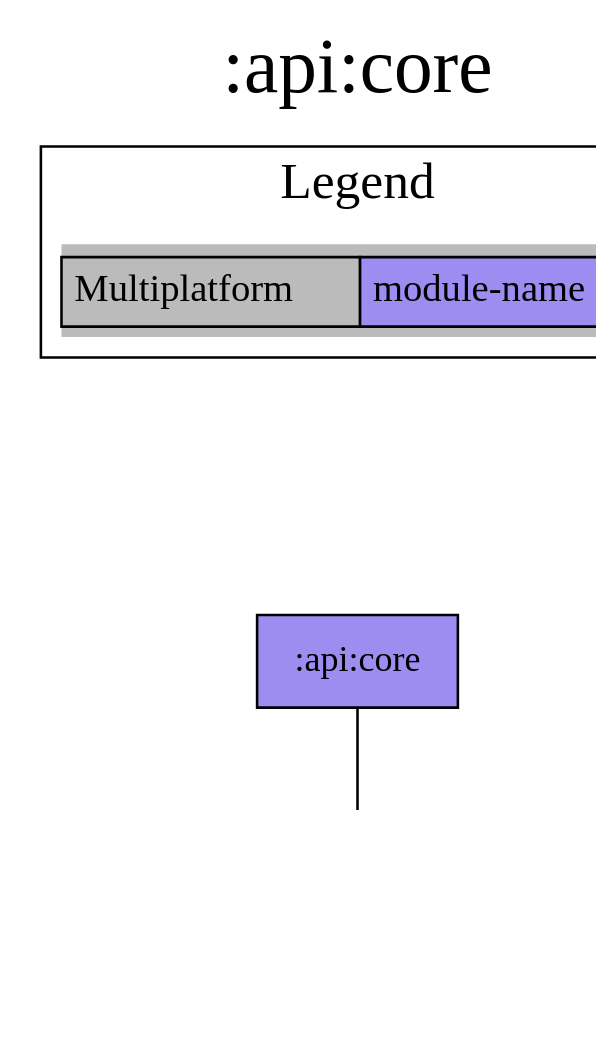
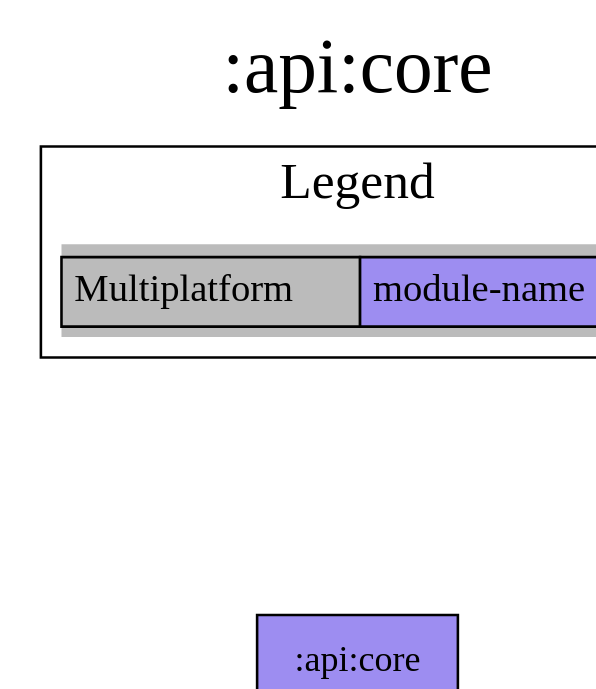
The diagram in modules/api/core/project-dependency-graph.dot (jonapoul/aktual), drawn with Graphviz before and after one commit. The commit also changed 87 other files, not shown here.

```diff
--- a/modules/api/core/project-dependency-graph.dot
+++ b/modules/api/core/project-dependency-graph.dot
@@ -1,21 +1,19 @@
 digraph {
 edge ["dir"="forward"]
 graph ["dpi"="100","label"=":api:core","labelloc"="t","fontsize"="30","ranksep"="1.5","rankdir"="TB"]
 node ["style"="filled"]
 ":api:core" ["fillcolor"="#9D8DF1","shape"="box"]
-":url:model" ["fillcolor"="#9D8DF1","shape"="box"]
 {
 edge ["dir"="none"]
 graph ["rank"="same"]
 }
-":api:core" -> ":url:model"
 subgraph "cluster_legend" {
 edge ["dir"="none"]
 graph ["label"="Legend","fontsize"="20"]
 "Legend" ["style"="filled","fillcolor"="#bbbbbb","shape"="none","margin"="0","fontsize"="15","label"=<
 <TABLE BORDER="0" CELLBORDER="1" CELLSPACING="0" CELLPADDING="4">
 <TR><TD>Multiplatform</TD><TD BGCOLOR="#9D8DF1">module-name</TD></TR>
 </TABLE>
 >]
 } -> ":api:core" ["style"="invis"]
 }
```
